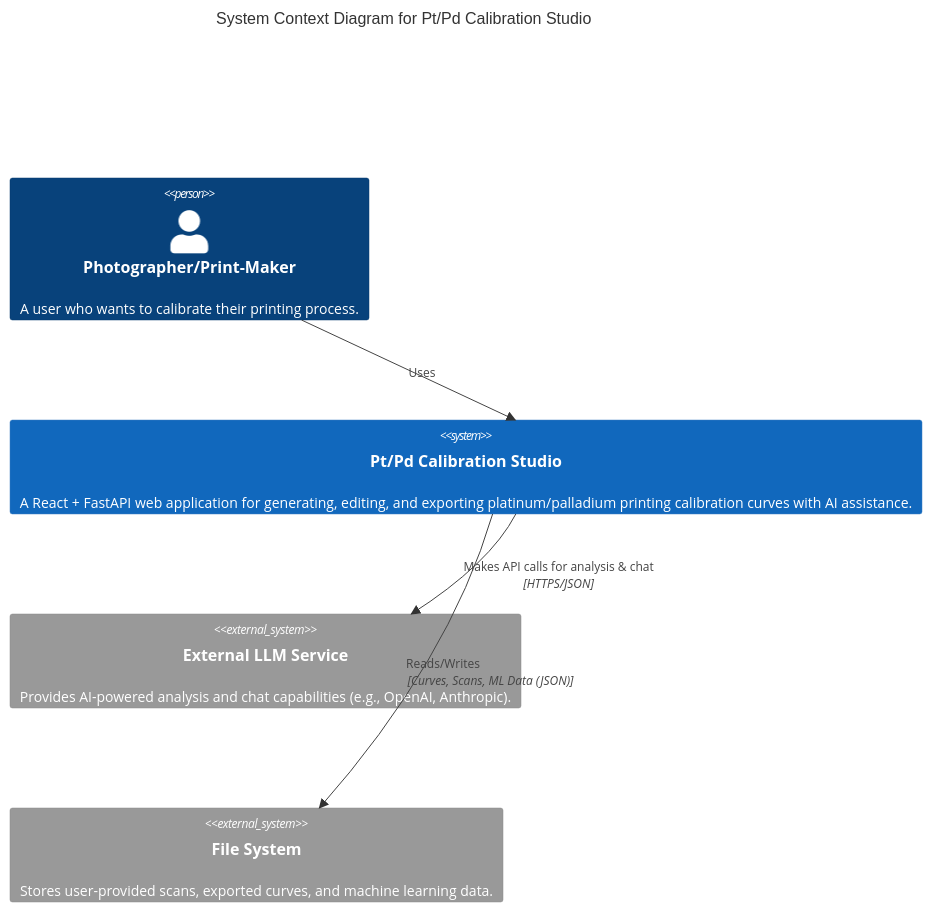
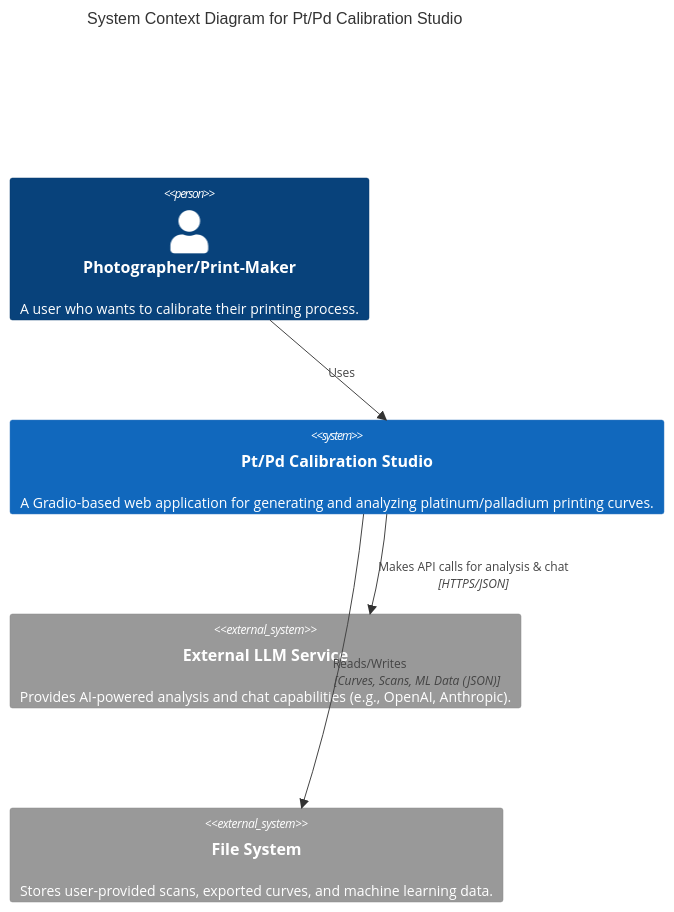
Before and after one commit to ianshank/Platinum-Palladium-AI-Printing-Tool: the first of 6 diagrams in docs/architecture.md, drawn with Mermaid. The commit also changed other lines of this file and 334 other files, not shown here.

````diff
--- a/docs/architecture.md
+++ b/docs/architecture.md
@@ -9,14 +9,14 @@
 ```mermaid
 C4Context
   title System Context Diagram for Pt/Pd Calibration Studio
 
   Person(user, "Photographer/Print-Maker", "A user who wants to calibrate their printing process.")
-  System(app, "Pt/Pd Calibration Studio", "A React + FastAPI web application for generating, editing, and exporting platinum/palladium printing calibration curves with AI assistance.")
+  System(app, "Pt/Pd Calibration Studio", "A Gradio-based web application for generating and analyzing platinum/palladium printing curves.")
 
   System_Ext(llm, "External LLM Service", "Provides AI-powered analysis and chat capabilities (e.g., OpenAI, Anthropic).")
   System_Ext(fs, "File System", "Stores user-provided scans, exported curves, and machine learning data.")
 
   Rel(user, app, "Uses")
   Rel(app, fs, "Reads/Writes", "Curves, Scans, ML Data (JSON)")
   Rel(app, llm, "Makes API calls for analysis & chat", "HTTPS/JSON")
 ```
````
